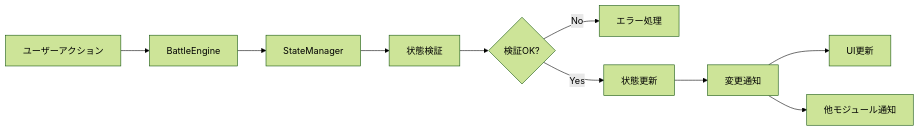
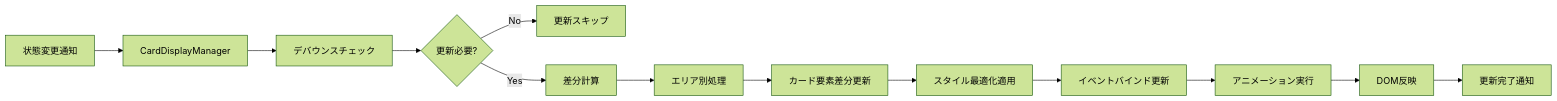
One commit to ikachan-desuyo/hololive_card_list_check changed diagram 13 of 21 in battle_simulator/docs/STATE_FLOW.md. Above: the diagram before and after it, drawn with Mermaid (forest theme). The commit also changed other lines of this file and 10 other files, not shown here.

````diff
--- a/battle_simulator/docs/STATE_FLOW.md
+++ b/battle_simulator/docs/STATE_FLOW.md
@@ -157,12 +254,15 @@
 ```mermaid
 flowchart LR
-    A[ユーザーアクション] --> B[BattleEngine]
-    B --> C[StateManager]
-    C --> D[状態検証]
-    D --> E{検証OK?}
-    E -->|No| F[エラー処理]
-    E -->|Yes| G[状態更新]
-    G --> H[変更通知]
-    H --> I[UI更新]
-    H --> J[他モジュール通知]
+    A[状態変更通知] --> B[CardDisplayManager]
+    B --> C[デバウンスチェック]
+    C --> D{更新必要?}
+    D -->|No| E[更新スキップ]
+    D -->|Yes| F[差分計算]
+    F --> G[エリア別処理]
+    G --> H[カード要素差分更新]
+    H --> I[スタイル最適化適用]
+    I --> J[イベントバインド更新]
+    J --> K[アニメーション実行]
+    K --> L[DOM反映]
+    L --> M[更新完了通知]
 ```
````
